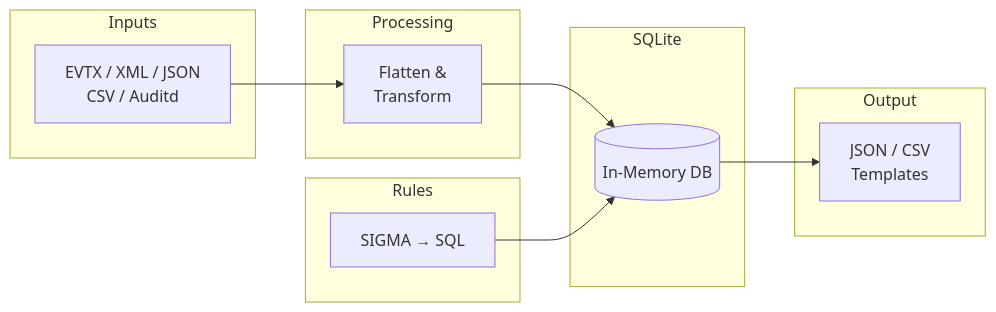
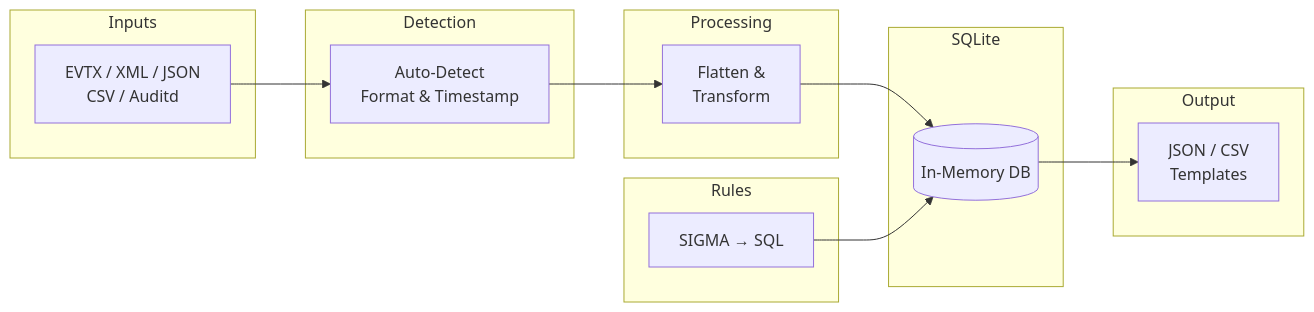
The first of 5 diagrams in docs/Internals.md (wagga40/Zircolite), drawn with Mermaid before and after one commit. The commit also changed other lines of this file and 24 other files, not shown here.

````diff
--- a/docs/Internals.md
+++ b/docs/Internals.md
@@ -9,26 +9,30 @@
 ```mermaid
 flowchart LR
     subgraph IN[Inputs]
         I[EVTX / XML / JSON<br/>CSV / Auditd]
+    end
+    
+    subgraph DETECT[Detection]
+        D[Auto-Detect<br/>Format & Timestamp]
     end
     
     subgraph PROC[Processing]
         F[Flatten &<br/>Transform]
     end
     
     subgraph DB[SQLite]
         S[(In-Memory DB)]
     end
     
     subgraph RULES[Rules]
         R[SIGMA → SQL]
     end
     
     subgraph OUT[Output]
         O[JSON / CSV<br/>Templates]
     end
     
-    I --> F --> S
+    I --> D --> F --> S
     R --> S
     S --> O
 ```
````
